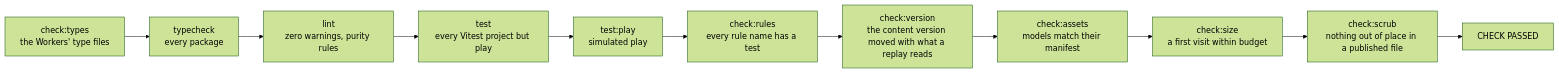
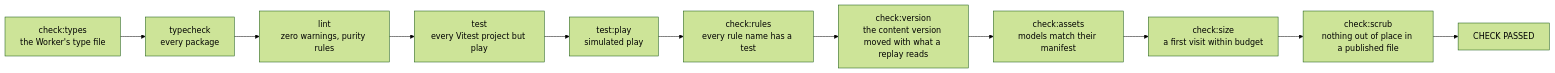
Before and after one commit to buildlab-studio/japacity: the first of 3 diagrams in docs/site/built/working.md, drawn with Mermaid (forest theme). The commit also changed other lines of this file and 157 other files, not shown here.

````diff
--- a/docs/site/built/working.md
+++ b/docs/site/built/working.md
@@ -166,13 +164,13 @@
 ```mermaid
 flowchart LR
-  types["check:types<br/>the Workers' type files"] --> typecheck["typecheck<br/>every package"]
+  types["check:types<br/>the Worker's type file"] --> typecheck["typecheck<br/>every package"]
   typecheck --> lint["lint<br/>zero warnings, purity rules"]
   lint --> test["test<br/>every Vitest project but play"]
   test --> play["test:play<br/>simulated play"]
   play --> rules["check:rules<br/>every rule name has a test"]
   rules --> version["check:version<br/>the content version moved with what a replay reads"]
   version --> assets["check:assets<br/>models match their manifest"]
   assets --> size["check:size<br/>a first visit within budget"]
   size --> scrub["check:scrub<br/>nothing out of place in a published file"]
   scrub --> passed["CHECK PASSED"]
 ```
````
